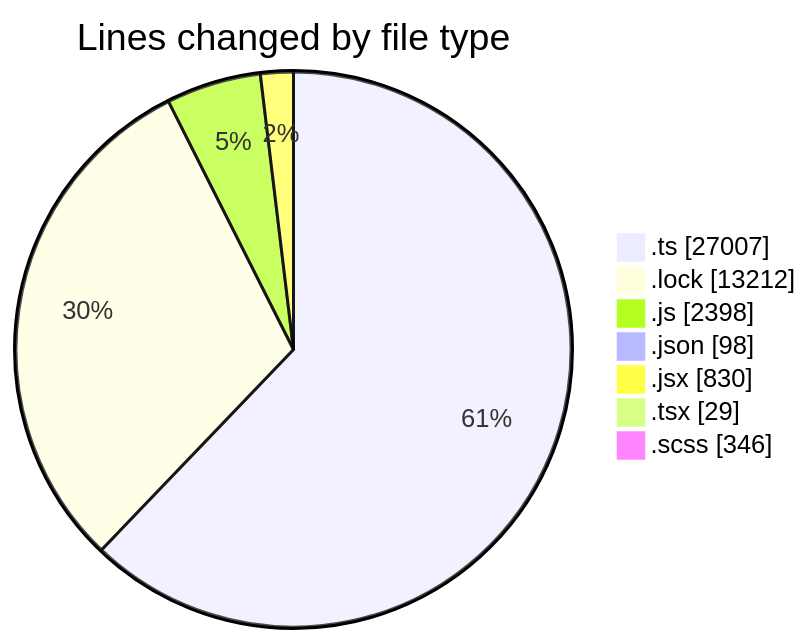
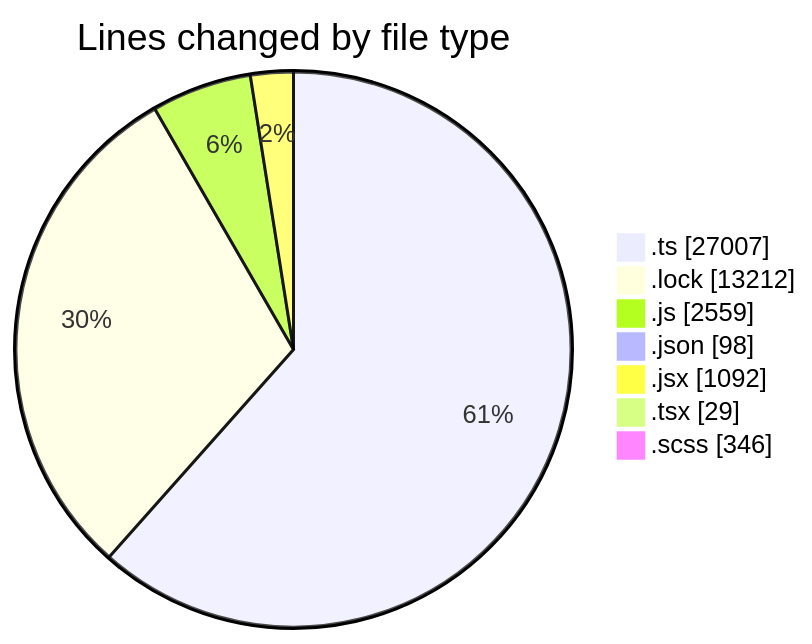
The first of 2 diagrams in 2025-05-16/cda/README.md (momahboobian/code-tracking), drawn with Mermaid before and after one commit. The commit also changed other lines of this file and 1 other file, not shown here.

````diff
--- a/2025-05-16/cda/README.md
+++ b/2025-05-16/cda/README.md
@@ -44,11 +47,11 @@
 ```mermaid
 pie showData
 title Lines changed by file type
 ".ts" : 27007
 ".lock" : 13212
-".js" : 2398
+".js" : 2559
 ".json" : 98
-".jsx" : 830
+".jsx" : 1092
 ".tsx" : 29
 ".scss" : 346
 ```
````
